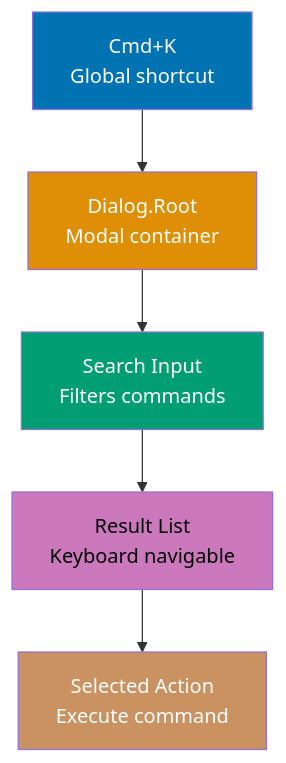
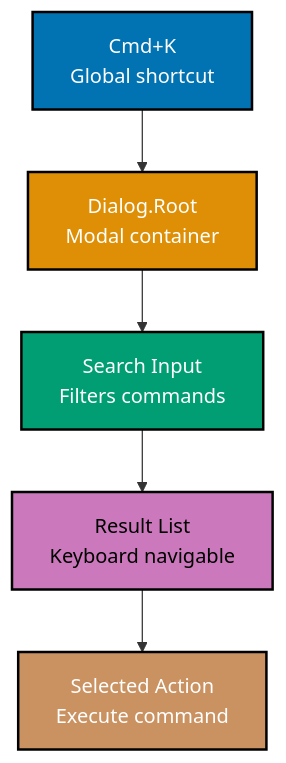
Before and after one commit to wahidyankf/open-sharia-enterprise: the second of 2 diagrams in apps/ayokoding-web/content/en/learn/software-engineering/platform-web/tools/fe-radix-ui/by-example/advanced.md, drawn with Mermaid. The commit also changed other lines of this file and 13 other files, not shown here.

````diff
--- a/apps/ayokoding-web/content/en/learn/software-engineering/platform-web/tools/fe-radix-ui/by-example/advanced.md
+++ b/apps/ayokoding-web/content/en/learn/software-engineering/platform-web/tools/fe-radix-ui/by-example/advanced.md
@@ -2295,14 +2295,14 @@
 ```mermaid
 %% Color Palette: Blue #0173B2, Orange #DE8F05, Teal #029E73, Purple #CC78BC, Brown #CA9161
 graph TD
     Shortcut["Cmd+K<br/>Global shortcut"] --> Dialog["Dialog.Root<br/>Modal container"]
     Dialog --> Search["Search Input<br/>Filters commands"]
     Search --> Results["Result List<br/>Keyboard navigable"]
     Results --> Action["Selected Action<br/>Execute command"]
 
-    style Shortcut fill:#0173B2,color:#fff
-    style Dialog fill:#DE8F05,color:#fff
-    style Search fill:#029E73,color:#fff
-    style Results fill:#CC78BC,color:#000
-    style Action fill:#CA9161,color:#fff
+    style Shortcut fill:#0173B2,stroke:#000000,stroke-width:2px,color:#fff
+    style Dialog fill:#DE8F05,stroke:#000000,stroke-width:2px,color:#fff
+    style Search fill:#029E73,stroke:#000000,stroke-width:2px,color:#fff
+    style Results fill:#CC78BC,stroke:#000000,stroke-width:2px,color:#000
+    style Action fill:#CA9161,stroke:#000000,stroke-width:2px,color:#fff
 ```
````
